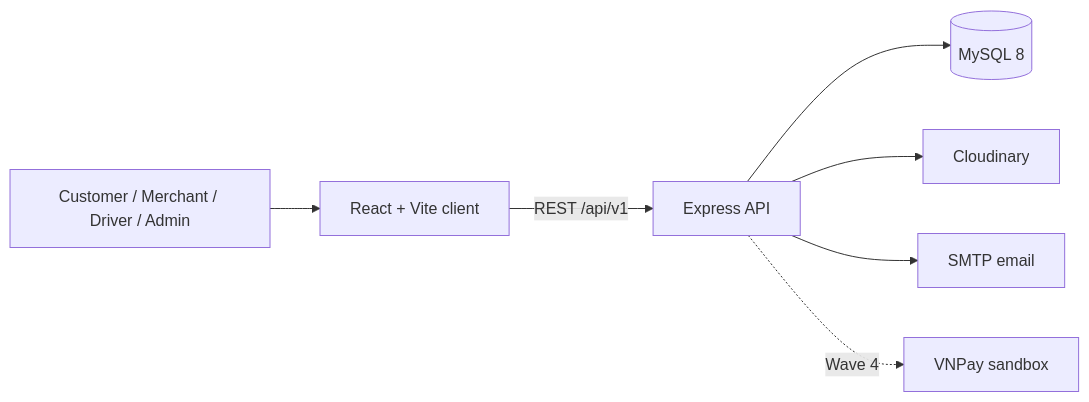
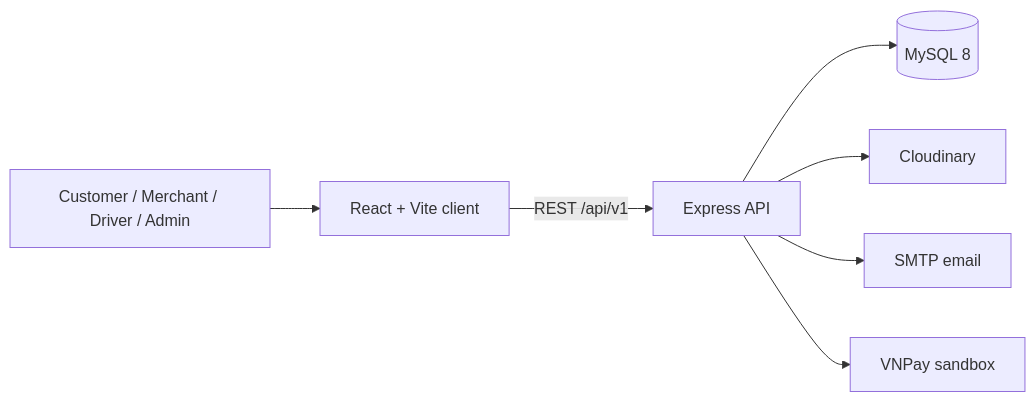
The diagram in README.md (nguywnben/nomnom), drawn with Mermaid before and after one commit. The commit also changed other lines of this file and 25 other files, not shown here.

````diff
--- a/README.md
+++ b/README.md
@@ -80,9 +82,9 @@
 ```mermaid
 flowchart LR
     U["Customer / Merchant / Driver / Admin"] --> C["React + Vite client"]
     C -->|"REST /api/v1"| A["Express API"]
     A --> D[("MySQL 8")]
     A --> I["Cloudinary"]
     A --> M["SMTP email"]
-    A -. "Wave 4" .-> V["VNPay sandbox"]
+    A --> V["VNPay sandbox"]
 ```
````
